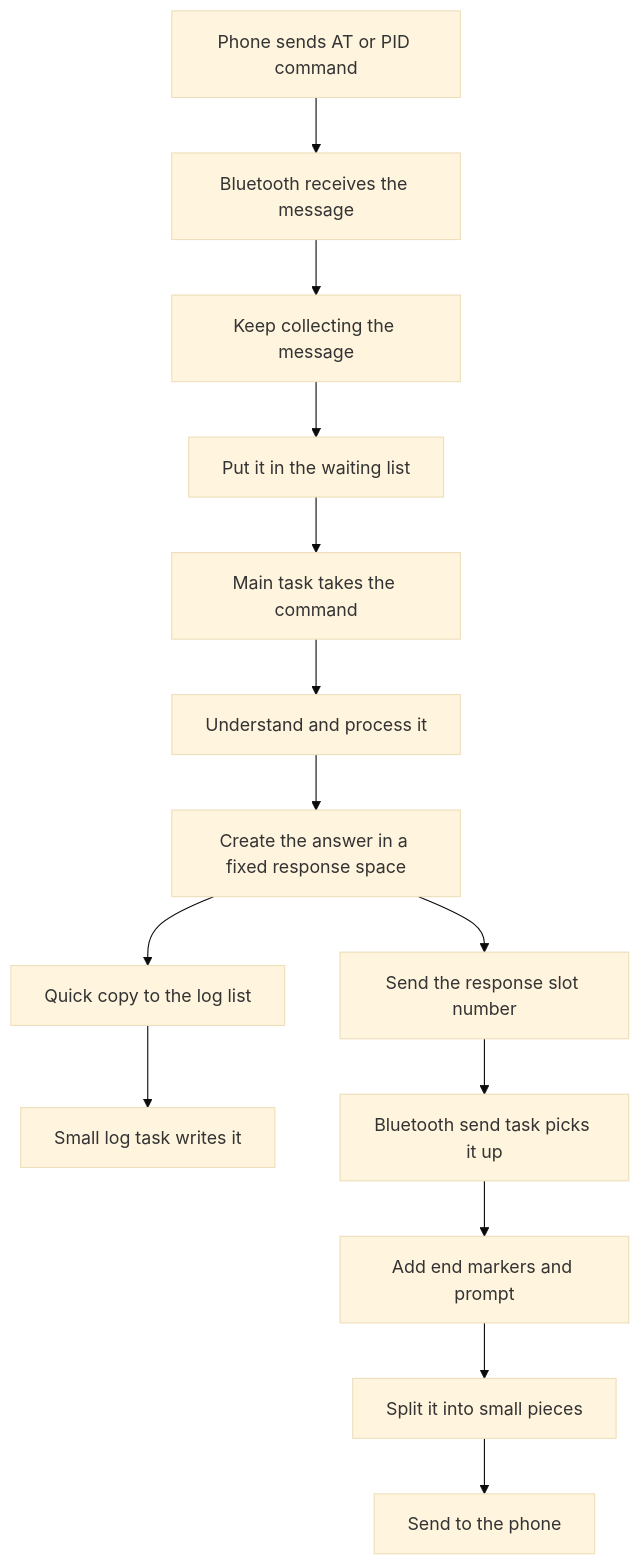
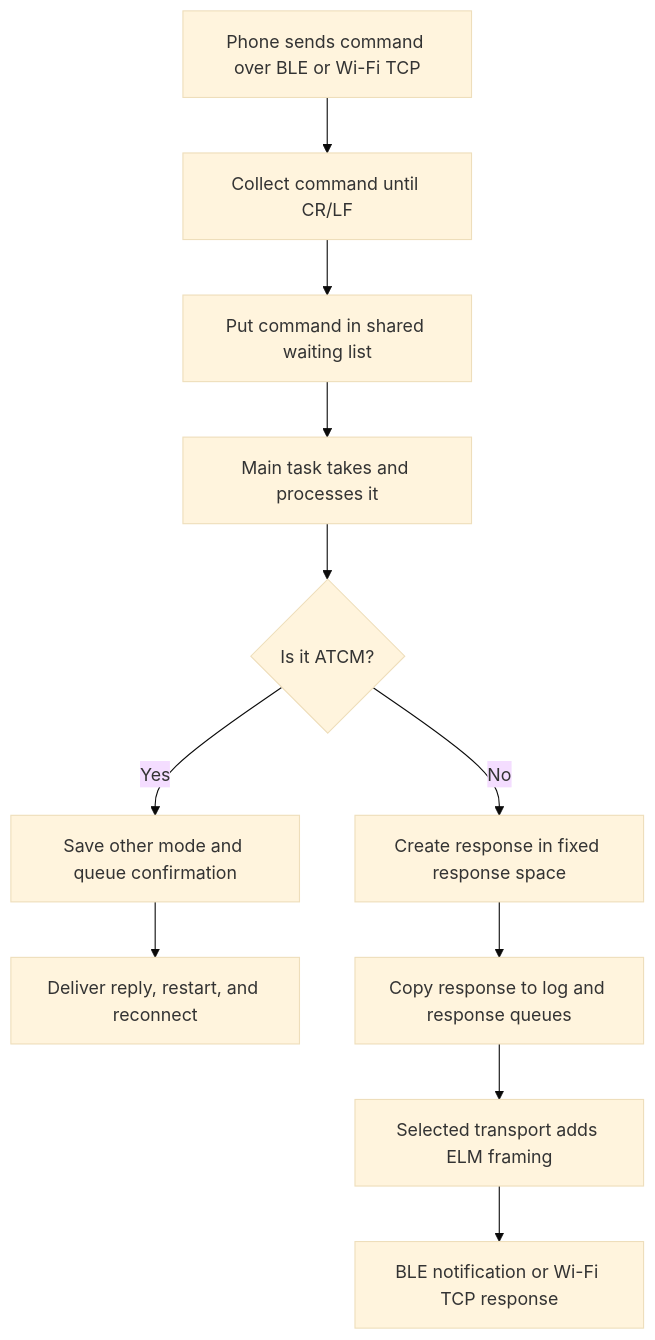
One commit to ASTI-ITS/ITS-test changed the fourth of 7 diagrams in OBD_BLE_FreeRTOS_C/flowchart_simple.md. Above: the diagram before and after it, drawn with Mermaid (base theme). The commit also changed other lines of this file and 1 other file, not shown here.

Commit message:
updated flowcharts to reflect change mode

````diff
--- a/OBD_BLE_FreeRTOS_C/flowchart_simple.md
+++ b/OBD_BLE_FreeRTOS_C/flowchart_simple.md
@@ -91,16 +88,13 @@
 ```mermaid
 graph TD
-    A[Phone sends AT or PID command] --> B[Bluetooth receives the message]
-    B --> C[Keep collecting the message]
-    C --> D[Put it in the waiting list]
-    D --> E[Main task takes the command]
-    E --> F[Understand and process it]
-    F --> G[Create the answer in a fixed response space]
-    G --> H[Quick copy to the log list]
-    H --> I[Small log task writes it]
-    G --> J[Send the response slot number]
-    J --> K[Bluetooth send task picks it up]
-    K --> L[Add end markers and prompt]
-    L --> M[Split it into small pieces]
-    M --> N[Send to the phone]
+    A[Phone sends command over BLE or Wi-Fi TCP] --> B[Collect command until CR/LF]
+    B --> C[Put command in shared waiting list]
+    C --> D[Main task takes and processes it]
+    D --> E{Is it ATCM?}
+    E -- Yes --> F[Save other mode and queue confirmation]
+    F --> G[Deliver reply, restart, and reconnect]
+    E -- No --> H[Create response in fixed response space]
+    H --> I[Copy response to log and response queues]
+    I --> J[Selected transport adds ELM framing]
+    J --> K[BLE notification or Wi-Fi TCP response]
 ```
````
